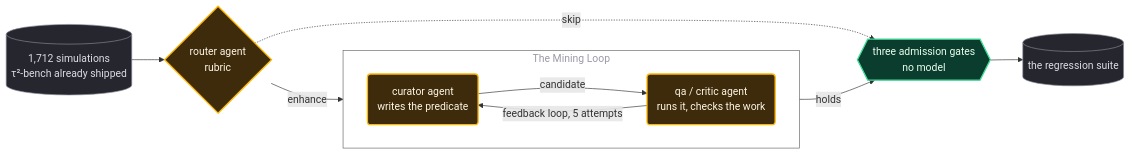
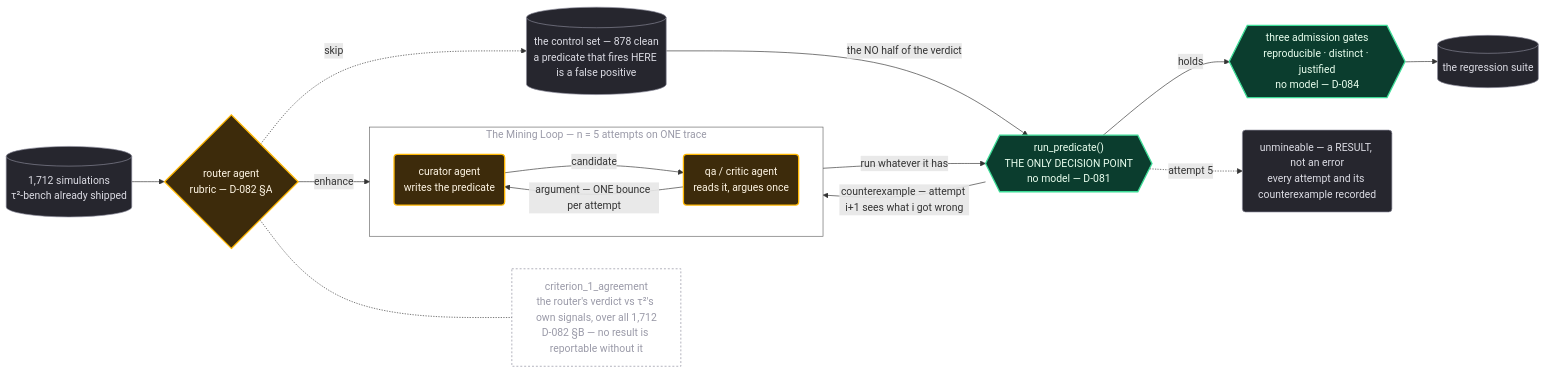
The diagram in diagrams/agents.mmd (sandeepyadav1478/touchstone), drawn with Mermaid before and after one commit. The commit also changed 10 other files, not shown here.

```diff
--- a/diagrams/agents.mmd
+++ b/diagrams/agents.mmd
@@ -1,31 +1,45 @@
+%% touchstone — the mining loop's three agents, and the one thing that decides. D-082.
+%% The chain is fixed by D-082 §D: router -> curator <-> critic -> run_predicate -> admission -> suite.
+%% Every green node is mechanical. No green node holds a model, and no other node decides anything.
 flowchart LR
 
   IN[("1,712 simulations<br/>τ²-bench already shipped")]
-  ROUTER{"router agent<br/>rubric"}
+  ROUTER{"router agent<br/>rubric — D-082 §A"}
 
-  subgraph LOOP["The Mining Loop"]
+  subgraph LOOP["The Mining Loop — n = 5 attempts on ONE trace"]
     direction LR
     CURATOR("curator agent<br/>writes the predicate")
-    CRITIC("qa / critic agent<br/>runs it, checks the work")
+    CRITIC("qa / critic agent<br/>reads it, argues once")
     CURATOR -- "candidate" --> CRITIC
-    CRITIC -- "feedback loop, 5 attempts" --> CURATOR
+    CRITIC -- "argument — ONE bounce per attempt" --> CURATOR
   end
 
-  ADMIT{{"three admission gates<br/>no model"}}
+  TEST{{"run_predicate()<br/>THE ONLY DECISION POINT<br/>no model — D-081"}}
+  ADMIT{{"three admission gates<br/>reproducible · distinct · justified<br/>no model — D-084"}}
   SUITE[("the regression suite")]
+  CONTROL[("the control set — 878 clean<br/>a predicate that fires HERE is a false positive")]
+  UNMINED("unmineable — a RESULT, not an error<br/>every attempt and its counterexample recorded")
+  CAL["criterion_1_agreement<br/>the router's verdict vs τ²'s own signals, over all 1,712<br/>D-082 §B — no result is reportable without it"]
 
   IN --> ROUTER
   ROUTER -- "enhance" --> CURATOR
-  CRITIC -- "holds" --> ADMIT
+  ROUTER -. "skip" .-> CONTROL
+  CRITIC -- "run whatever it has" --> TEST
+  TEST -- "counterexample — attempt i+1 sees what i got wrong" --> CURATOR
+  CONTROL -- "the NO half of the verdict" --> TEST
+  TEST -- "holds" --> ADMIT
+  TEST -. "attempt 5" .-> UNMINED
   ADMIT --> SUITE
-  ROUTER -. "skip" .-> ADMIT
+  ROUTER -.- CAL
 
   classDef agent fill:#3d2b0b,stroke:#ffb703,stroke-width:2px,color:#fff6e5
   classDef mech  fill:#0b3d2e,stroke:#3ddc97,stroke-width:2px,color:#eaffef
   classDef data  fill:#26262e,stroke:#8a8a99,color:#dcdce4
+  classDef note  fill:none,stroke:#8a8a99,stroke-dasharray:3 3,color:#9a9aa8
   classDef box   fill:none,stroke:#666,color:#9a9aa8
 
   class ROUTER,CURATOR,CRITIC agent
-  class ADMIT mech
-  class IN,SUITE data
+  class TEST,ADMIT mech
+  class IN,SUITE,CONTROL,UNMINED data
+  class CAL note
   class LOOP box
```
